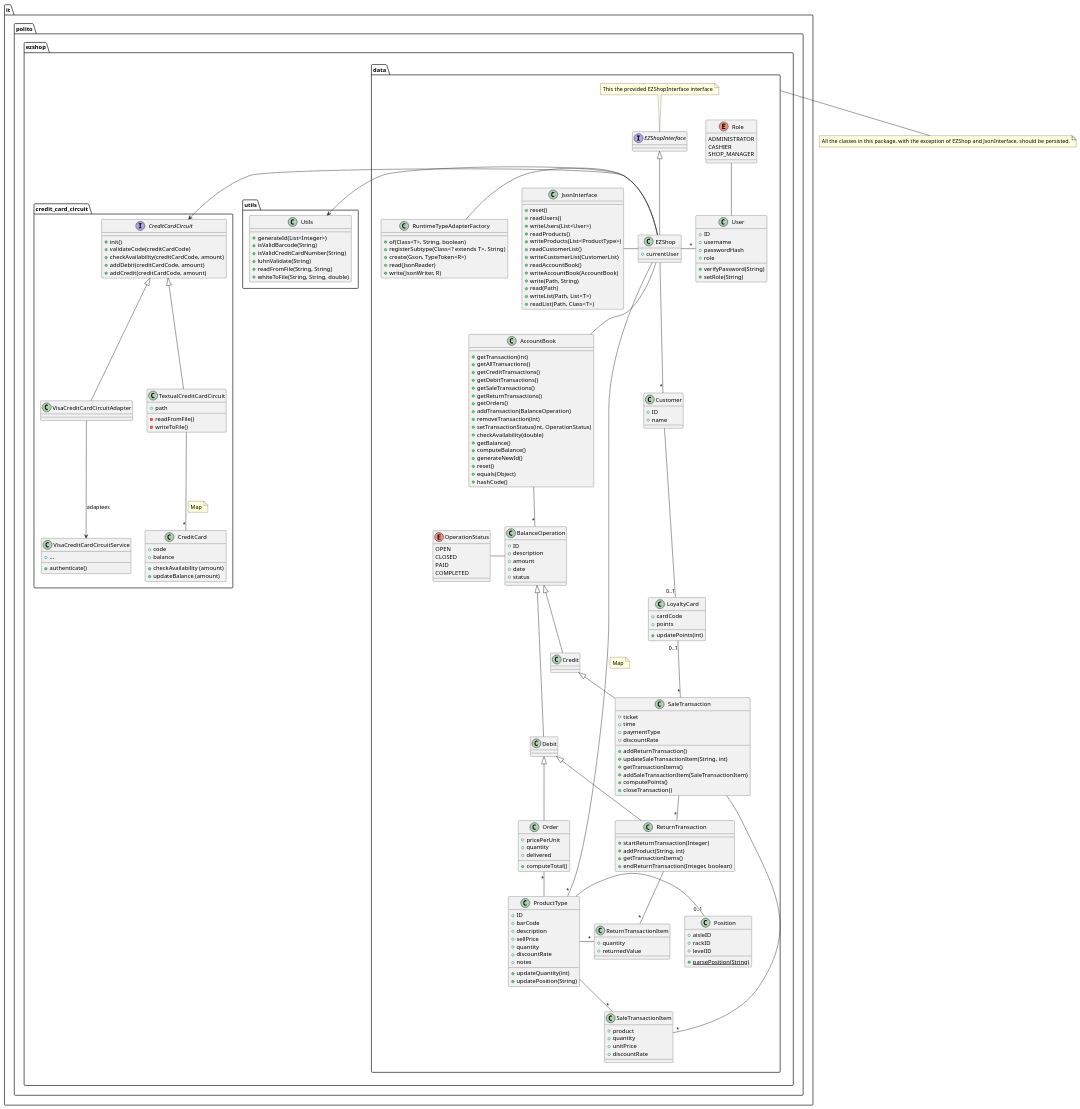
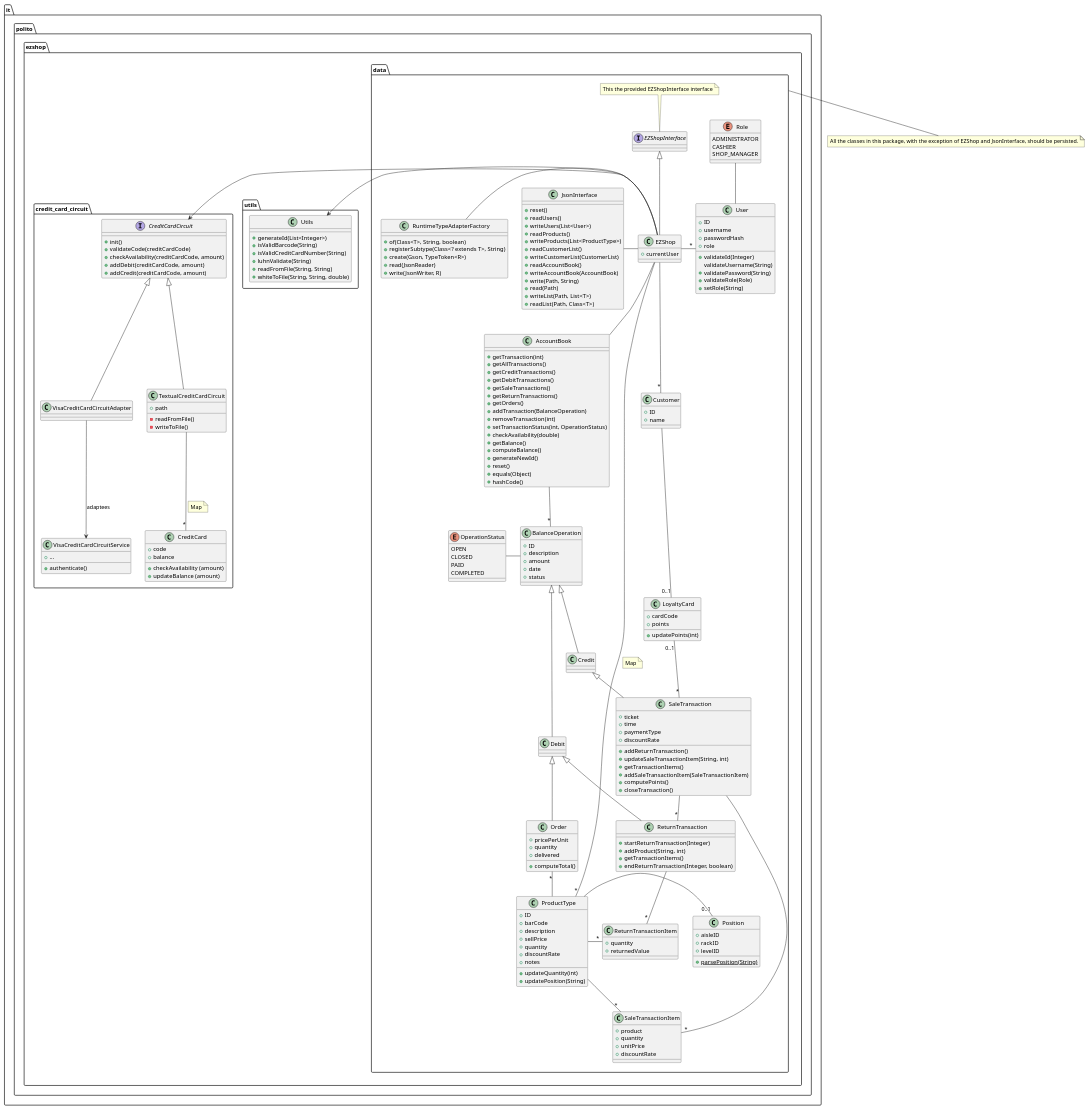
The third of 13 diagrams in Deliverables/DesignDocument.md (polito-se2-21-r03/se1-ezshop), drawn with PlantUML before and after one commit. The commit also changed other lines of this file, not shown here.

Commit message:
design document has been updated

```diff
--- a/Deliverables/DesignDocument.md
+++ b/Deliverables/DesignDocument.md
@@ -158,7 +160,10 @@
     + username
     + passwordHash
     + role
-    + verifyPassword(String)
+    + validateId(Integer)
+    validateUsername(String)
+    + validatePassword(String)
+    + validateRole(Role)
     + setRole(String)
 }
 
```
